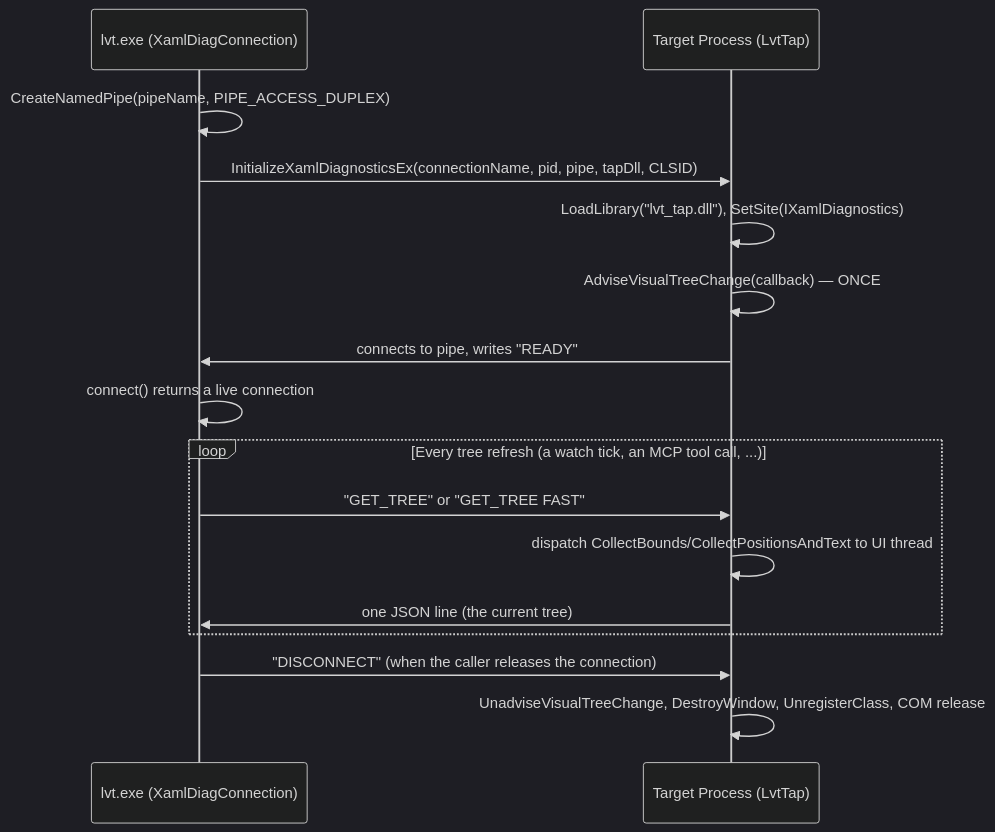
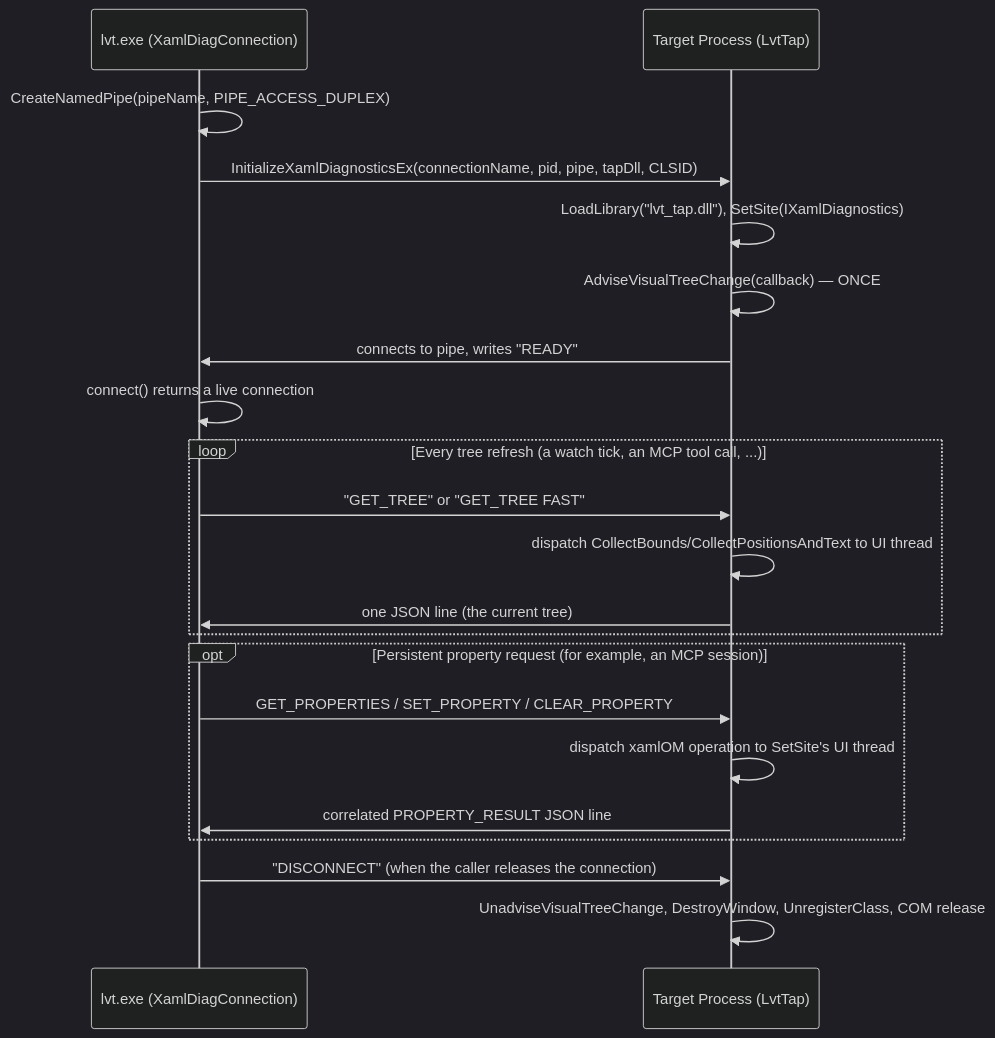
Before and after one commit to asklar/lvt: the first of 3 diagrams in docs/tap-dll-design.md, drawn with Mermaid (dark theme). The commit also changed other lines of this file and 146 other files, not shown here.

First line of the commit message:
Add persistent MCP Viewer and typed property editing (#52)

````diff
--- a/docs/tap-dll-design.md
+++ b/docs/tap-dll-design.md
@@ -11,21 +13,27 @@
 ```mermaid
 sequenceDiagram
     participant lvt as lvt.exe (XamlDiagConnection)
     participant target as Target Process (LvtTap)
 
     lvt->>lvt: CreateNamedPipe(pipeName, PIPE_ACCESS_DUPLEX)
     lvt->>target: InitializeXamlDiagnosticsEx(connectionName, pid, pipe, tapDll, CLSID)
     target->>target: LoadLibrary("lvt_tap.dll"), SetSite(IXamlDiagnostics)
     target->>target: AdviseVisualTreeChange(callback) — ONCE
     target->>lvt: connects to pipe, writes "READY"
     lvt->>lvt: connect() returns a live connection
 
     loop Every tree refresh (a watch tick, an MCP tool call, ...)
         lvt->>target: "GET_TREE" or "GET_TREE FAST"
         target->>target: dispatch CollectBounds/CollectPositionsAndText to UI thread
         target->>lvt: one JSON line (the current tree)
     end
 
+    opt Persistent property request (for example, an MCP session)
+        lvt->>target: GET_PROPERTIES / SET_PROPERTY / CLEAR_PROPERTY
+        target->>target: dispatch xamlOM operation to SetSite's UI thread
+        target->>lvt: correlated PROPERTY_RESULT JSON line
+    end
+
     lvt->>target: "DISCONNECT" (when the caller releases the connection)
     target->>target: UnadviseVisualTreeChange, DestroyWindow, UnregisterClass, COM release
 ```
````
